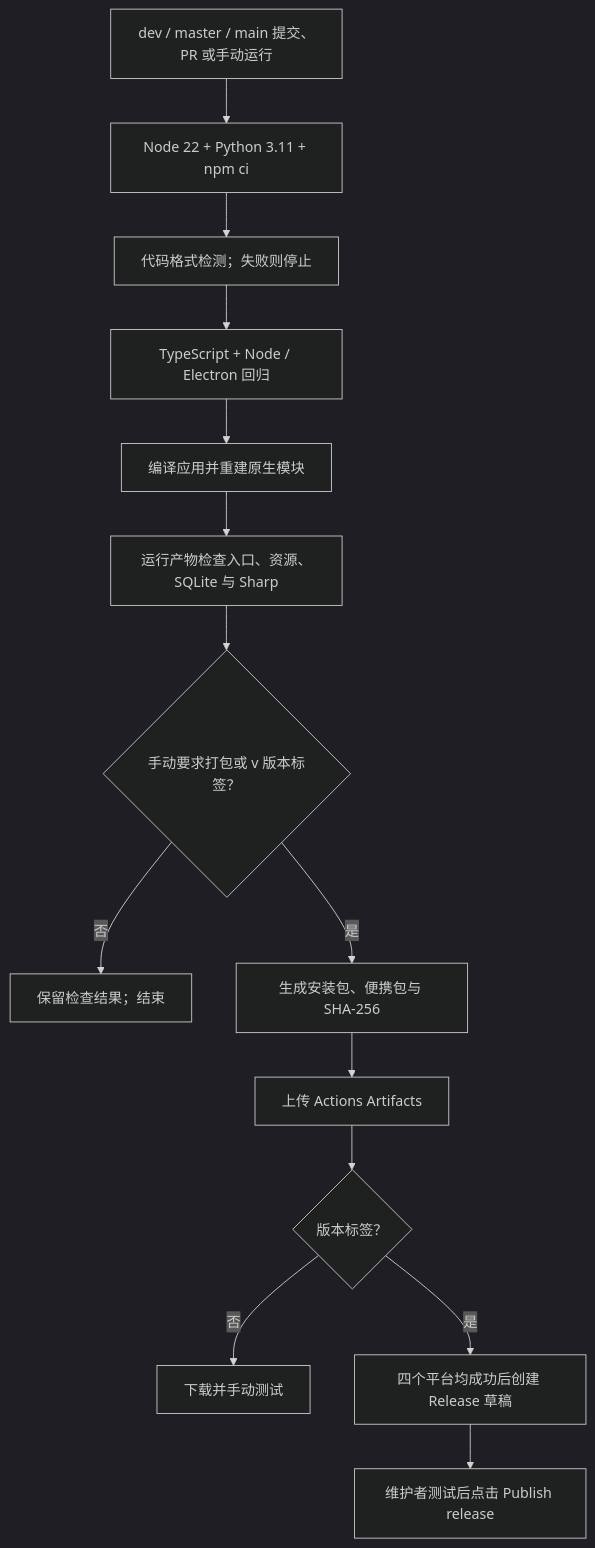
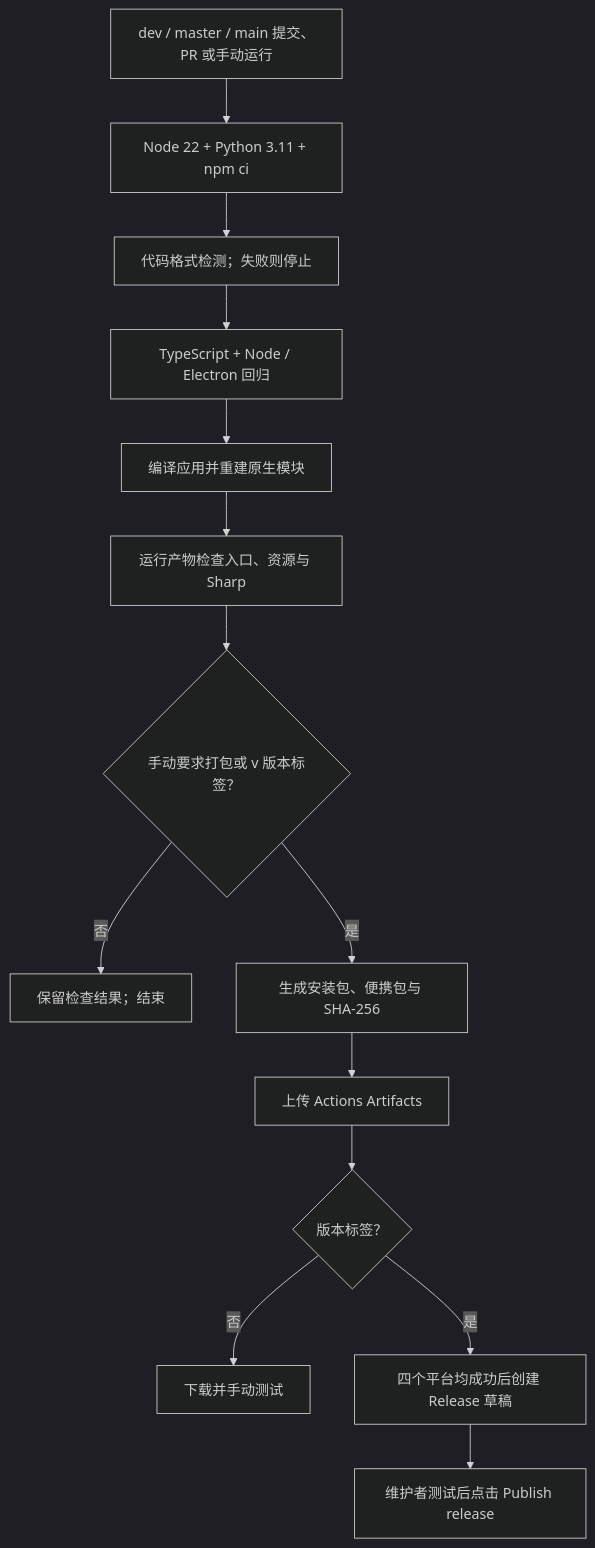
The diagram in release/README.md (Brraida/MusicFreeDesktop), drawn with Mermaid (dark theme) before and after one commit. The commit also changed other lines of this file and 9 other files, not shown here.

````diff
--- a/release/README.md
+++ b/release/README.md
@@ -7,16 +7,16 @@
 ```mermaid
 flowchart TD
     Commit["dev / master / main 提交、PR 或手动运行"] --> Install["Node 22 + Python 3.11 + npm ci"]
     Install --> Format["代码格式检测；失败则停止"]
     Format --> Tests["TypeScript + Node / Electron 回归"]
     Tests --> Package["编译应用并重建原生模块"]
-    Package --> Verify["运行产物检查入口、资源、SQLite 与 Sharp"]
+    Package --> Verify["运行产物检查入口、资源与 Sharp"]
     Verify --> Condition{"手动要求打包或 v 版本标签？"}
     Condition -->|否| Checks["保留检查结果；结束"]
     Condition -->|是| Make["生成安装包、便携包与 SHA-256"]
     Make --> Artifacts["上传 Actions Artifacts"]
     Artifacts --> Tag{"版本标签？"}
     Tag -->|否| Test["下载并手动测试"]
     Tag -->|是| Draft["四个平台均成功后创建 Release 草稿"]
     Draft --> Publish["维护者测试后点击 Publish release"]
 ```
````
